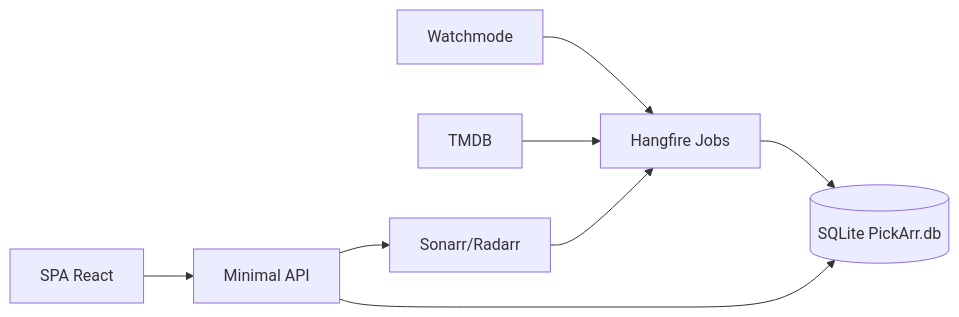
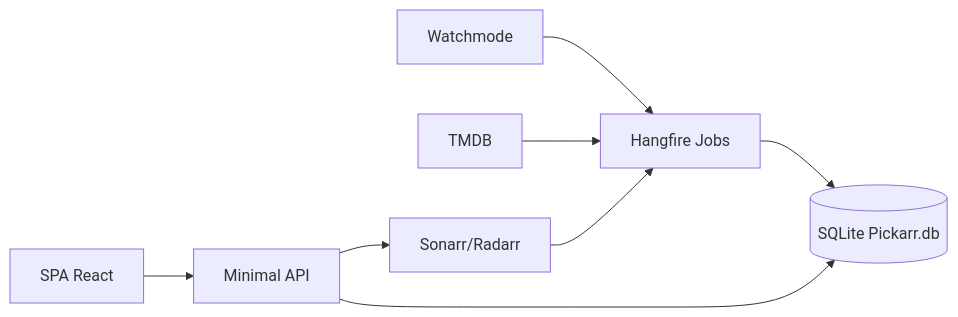
The diagram in _skill_memory/planning/pickarr-mvp/ANALYSIS.md (ildoc/PickArr), drawn with Mermaid before and after one commit. The commit also changed other lines of this file and 377 other files, not shown here.

Commit message:
PickArr -> Pickarr

````diff
--- a/_skill_memory/planning/pickarr-mvp/ANALYSIS.md
+++ b/_skill_memory/planning/pickarr-mvp/ANALYSIS.md
@@ -167,10 +167,10 @@
 ```mermaid
 flowchart LR
   WM[Watchmode] --> Jobs[Hangfire Jobs]
   TMDB[TMDB] --> Jobs
-  Jobs --> DB[(SQLite PickArr.db)]
+  Jobs --> DB[(SQLite Pickarr.db)]
   Arr[Sonarr/Radarr] --> Jobs
   UI[SPA React] --> API[Minimal API]
   API --> DB
   API --> Arr
 ```
````
